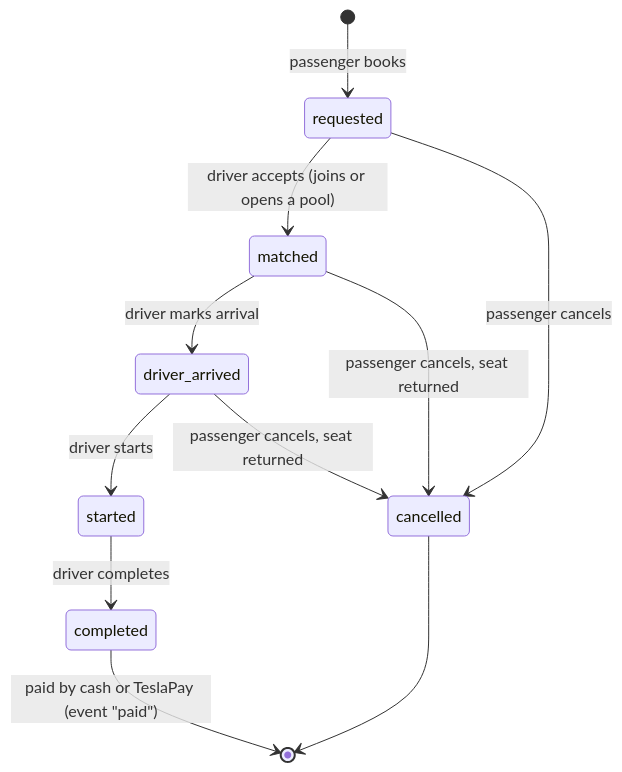
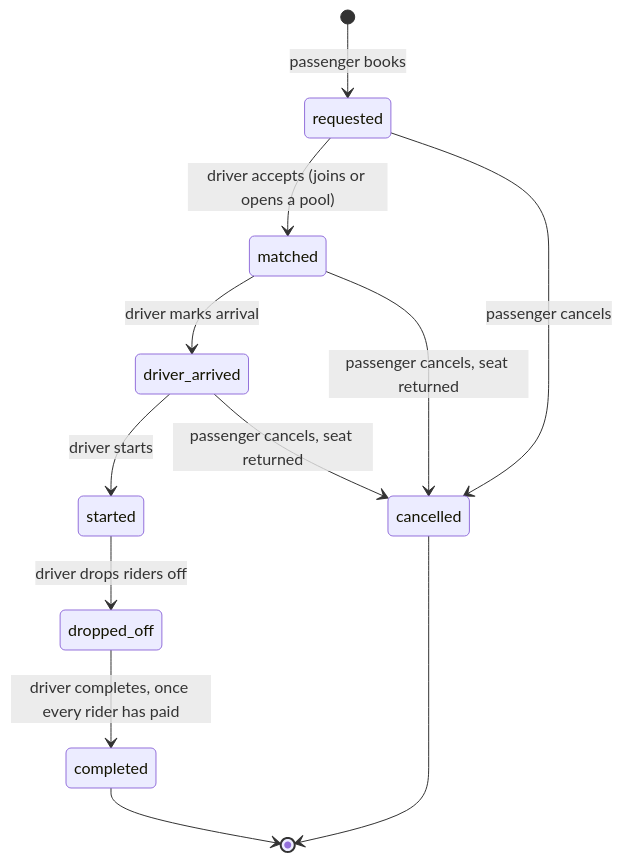
Before and after one commit to AsadShibli/dhaka-tesla-pool: the diagram in docs/architecture/lifecycle.mmd, drawn with Mermaid. The commit also changed 1 other file, not shown here.

Commit message:
docs: describe pay-before-complete, the offline rule, and notifications

```diff
--- a/docs/architecture/lifecycle.mmd
+++ b/docs/architecture/lifecycle.mmd
@@ -1,12 +1,13 @@
-%% A passenger's ride request. The pool (Bullet's trip) moves accepted -> driver_arrived -> started -> completed.
+%% A passenger's ride request. The pool (Bullet's trip) moves accepted -> driver_arrived -> started -> dropped_off -> completed.
 stateDiagram-v2
   [*] --> requested: passenger books
   requested --> matched: driver accepts (joins or opens a pool)
   matched --> driver_arrived: driver marks arrival
   driver_arrived --> started: driver starts
-  started --> completed: driver completes
+  started --> dropped_off: driver drops riders off
+  dropped_off --> completed: driver completes, once every rider has paid
   requested --> cancelled: passenger cancels
   matched --> cancelled: passenger cancels, seat returned
   driver_arrived --> cancelled: passenger cancels, seat returned
-  completed --> [*]: paid by cash or TeslaPay (event "paid")
+  completed --> [*]
   cancelled --> [*]
```
